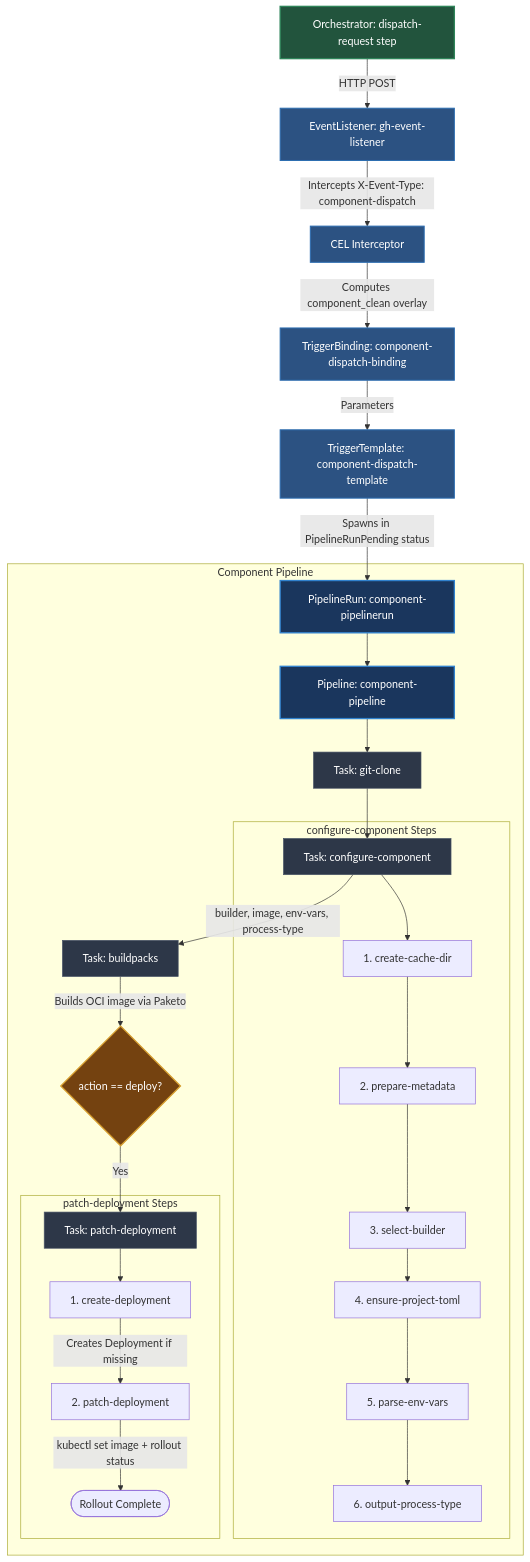
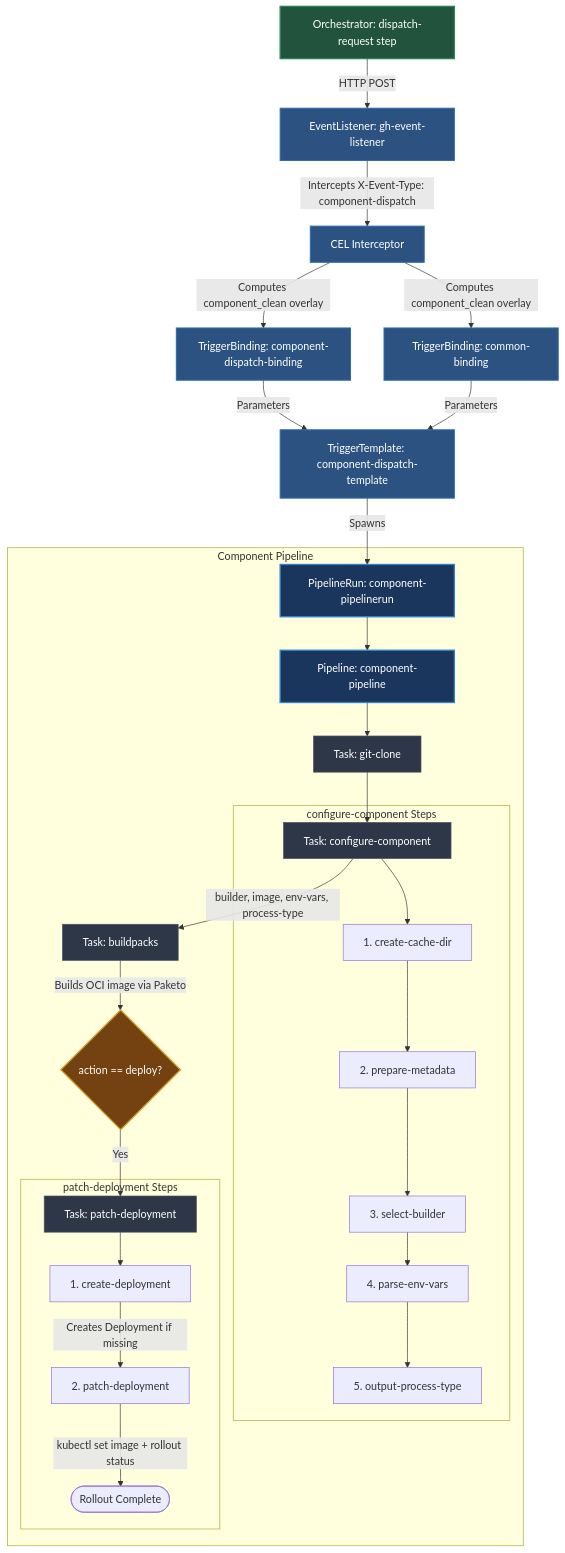
Before and after one commit to khanhcmlab/saritasa-devops-build-samples: the second of 2 diagrams in tekton-platform/README.md, drawn with Mermaid. The commit also changed other lines of this file and 16 other files, not shown here.

````diff
--- a/tekton-platform/README.md
+++ b/tekton-platform/README.md
@@ -76,50 +77,51 @@
 ```mermaid
 flowchart TD
     %% Input Event from dispatch-pipelinerun
     DispReq[Orchestrator: dispatch-request step] -->|HTTP POST| EL_Child[EventListener: gh-event-listener]
 
     %% Webhook Triggers Processing
     EL_Child -->|Intercepts X-Event-Type: component-dispatch| CEL[CEL Interceptor]
     CEL -->|Computes component_clean overlay| Bind2[TriggerBinding: component-dispatch-binding]
+    CEL -->|Computes component_clean overlay| BindComm[TriggerBinding: common-binding]
     Bind2 -->|Parameters| Temp2[TriggerTemplate: component-dispatch-template]
-    Temp2 -->|Spawns in PipelineRunPending status| PR2[PipelineRun: component-pipelinerun]
+    BindComm -->|Parameters| Temp2
+    Temp2 -->|Spawns| PR2[PipelineRun: component-pipelinerun]
 
     %% Component Pipeline
     subgraph Component Pipeline
         PR2 --> Pipe2[Pipeline: component-pipeline]
         Pipe2 --> Task_Clone[Task: git-clone]
         Task_Clone --> Task_Config[Task: configure-component]
 
         subgraph configure-component Steps
             Task_Config --> Step_Cache[1. create-cache-dir]
             Step_Cache --> Step_Meta[2. prepare-metadata]
             Step_Meta --> Step_Builder[3. select-builder]
-            Step_Builder --> Step_Toml[4. ensure-project-toml]
-            Step_Toml --> Step_Env[5. parse-env-vars]
-            Step_Env --> Step_Proc[6. output-process-type]
+            Step_Builder --> Step_Env[4. parse-env-vars]
+            Step_Env --> Step_Proc[5. output-process-type]
         end
 
         Task_Config -->|builder, image, env-vars, process-type| Task_BP[Task: buildpacks]
         Task_BP -->|Builds OCI image via Paketo| Task_Deploy{action == deploy?}
         Task_Deploy -->|Yes| Task_Patch[Task: patch-deployment]
 
         subgraph patch-deployment Steps
             Task_Patch --> Deploy_Create[1. create-deployment]
             Deploy_Create -->|Creates Deployment if missing| Deploy_Patch[2. patch-deployment]
             Deploy_Patch -->|kubectl set image + rollout status| DeployEnd([Rollout Complete])
         end
     end
 
     %% Styling
     classDef pipeline fill:#1A365D,stroke:#3182CE,stroke-width:2px,color:#fff
     classDef task fill:#2D3748,stroke:#4A5568,stroke-width:1px,color:#fff
     classDef trigger fill:#2C5282,stroke:#2B6CB0,stroke-width:1.5px,color:#fff
     classDef input fill:#22543D,stroke:#2F855A,stroke-width:2px,color:#fff
     classDef decision fill:#744210,stroke:#D69E2E,stroke-width:2px,color:#fff
 
     class PR2,Pipe2 pipeline
     class Task_Clone,Task_Config,Task_BP,Task_Patch task
-    class EL_Child,CEL,Bind2,Temp2 trigger
+    class EL_Child,CEL,Bind2,BindComm,Temp2 trigger
     class DispReq input
     class Task_Deploy decision
 ```
````
